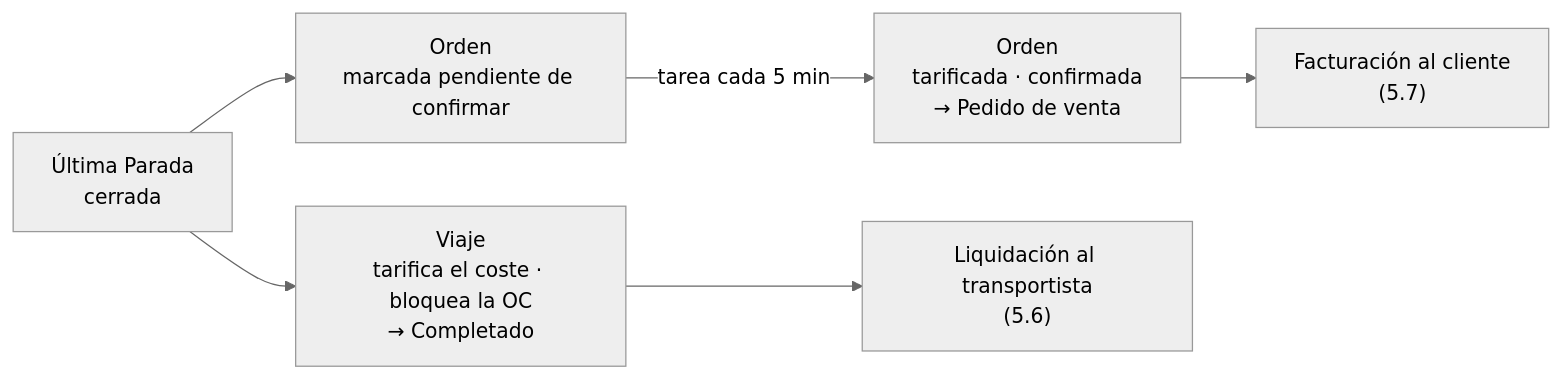
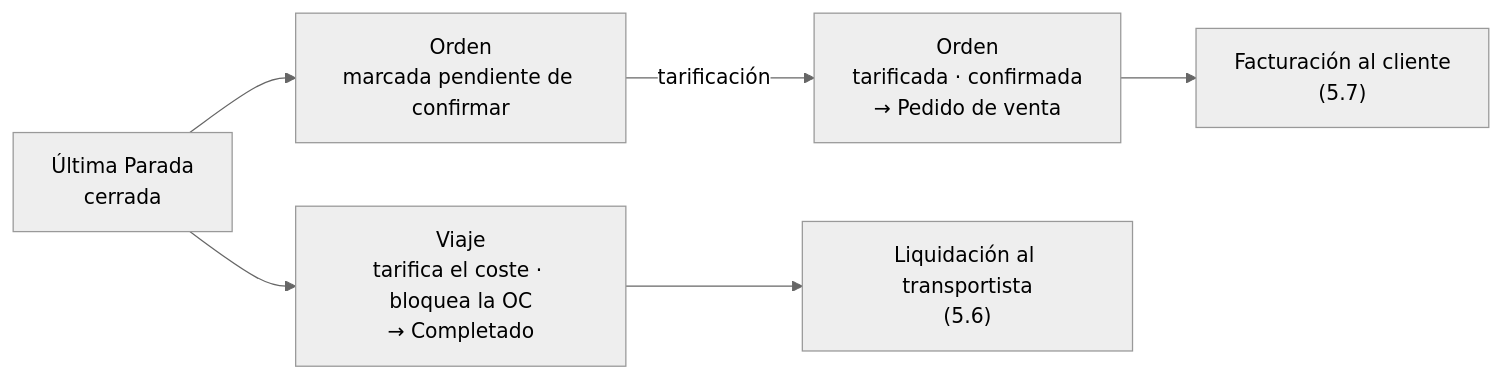
One commit to pacoborrego/guraify-tms-docs changed the diagram in source/17.0/5_operational-flows/5_5_trip-closing.rst. Above: the diagram before and after it, drawn with Mermaid (neutral theme). The commit also changed other lines of this file and 120 other files, not shown here.

```diff
--- a/source/17.0/5_operational-flows/5_5_trip-closing.rst
+++ b/source/17.0/5_operational-flows/5_5_trip-closing.rst
@@ -37,8 +34,8 @@
 .. mermaid::
 
    flowchart LR
        P["Última Parada<br/>cerrada"] --> T["Viaje<br/>tarifica el coste · bloquea la OC<br/>→ Completado"]
        P --> O["Orden<br/>marcada pendiente de confirmar"]
-       O -->|tarea cada 5 min| C["Orden<br/>tarificada · confirmada<br/>→ Pedido de venta"]
+       O -->|tarificación| C["Orden<br/>tarificada · confirmada<br/>→ Pedido de venta"]
        T --> L["Liquidación al transportista<br/>(5.6)"]
        C --> F["Facturación al cliente<br/>(5.7)"]
```
